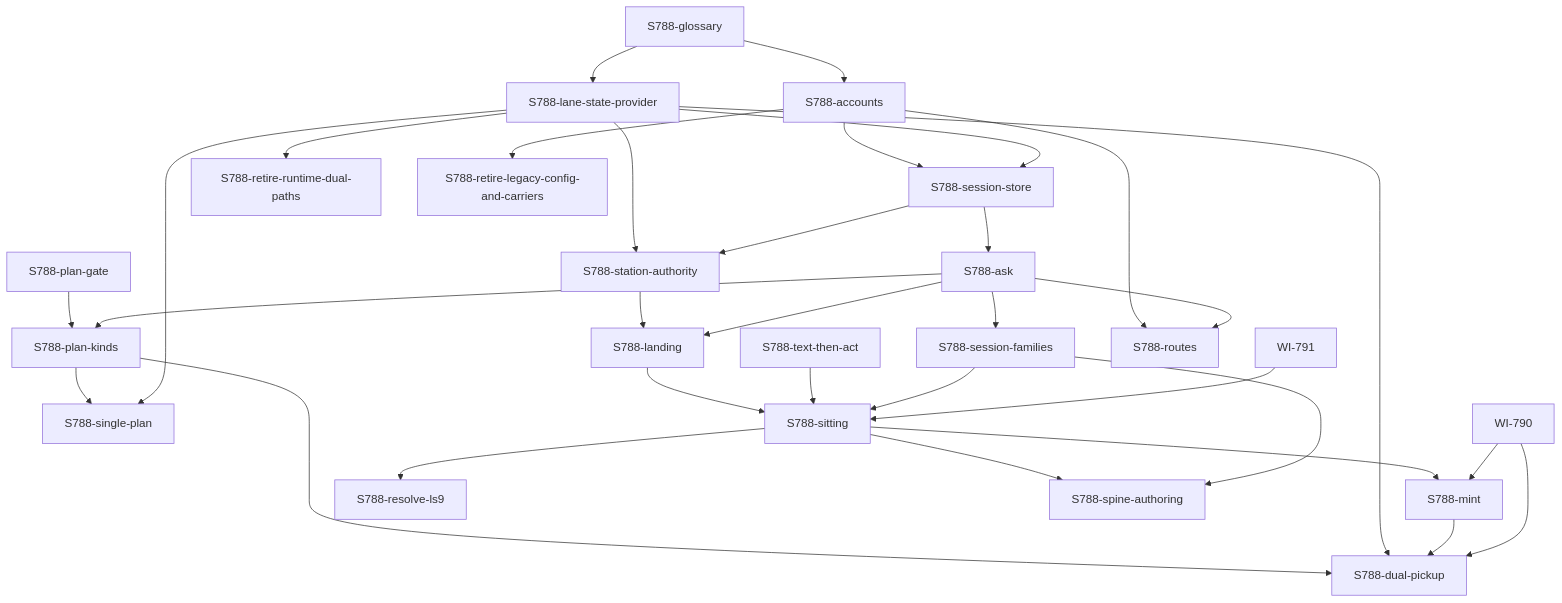
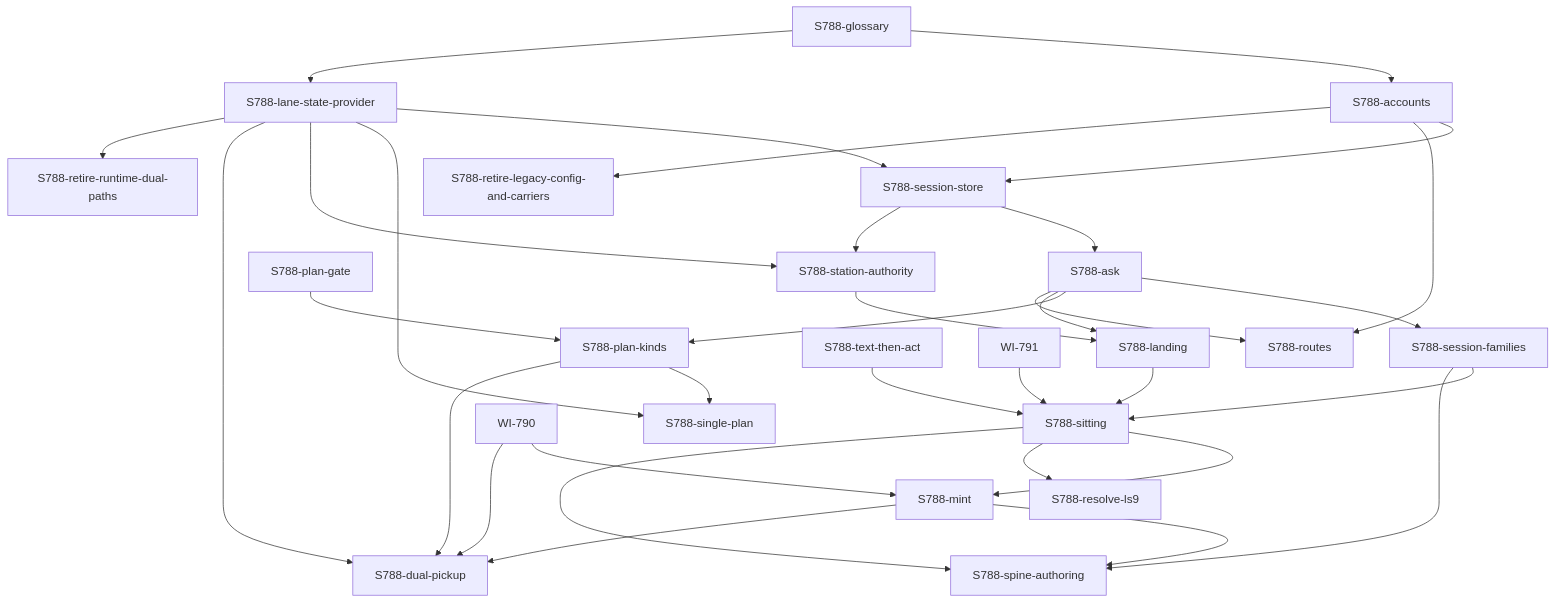
Before and after one commit to diytechy/ai-template: the diagram in docs/plans/2026-10-04-wi788-design/README.md, drawn with Mermaid. The commit also changed other lines of this file and 8 other files, not shown here.

````diff
--- a/docs/plans/2026-10-04-wi788-design/README.md
+++ b/docs/plans/2026-10-04-wi788-design/README.md
@@ -226,34 +251,35 @@
 ```mermaid
 graph TD
   glossary[S788-glossary] --> accounts[S788-accounts]
   glossary --> provider[S788-lane-state-provider]
   accounts --> store[S788-session-store]
   provider --> store
   store --> ask[S788-ask]
   ask --> families[S788-session-families]
   gate[S788-plan-gate] --> kinds[S788-plan-kinds]
   ask --> kinds
   kinds --> single[S788-single-plan]
   provider --> single
   provider --> auth[S788-station-authority]
   store --> auth
   auth --> landing[S788-landing]
   ask --> landing
   landing --> sitting[S788-sitting]
   tta[S788-text-then-act] --> sitting
   families --> sitting
   WI791[WI-791] --> sitting
   sitting --> mint[S788-mint]
   WI790[WI-790] --> mint
   sitting --> resolve[S788-resolve-ls9]
   sitting --> spine[S788-spine-authoring]
   families --> spine
+  mint --> spine
   kinds --> dual[S788-dual-pickup]
   provider --> dual
   mint --> dual
   WI790 --> dual
   accounts --> routes[S788-routes]
   ask --> routes
   provider --> rdp[S788-retire-runtime-dual-paths]
   accounts --> rlc[S788-retire-legacy-config-and-carriers]
 ```
````
